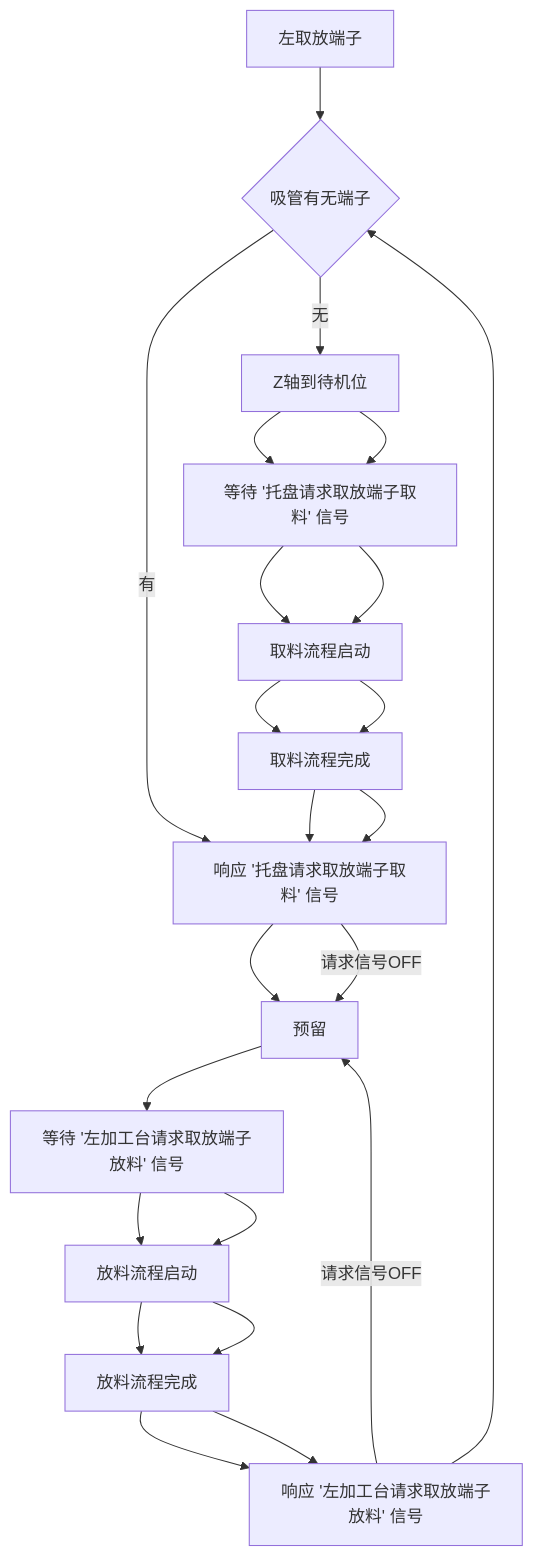
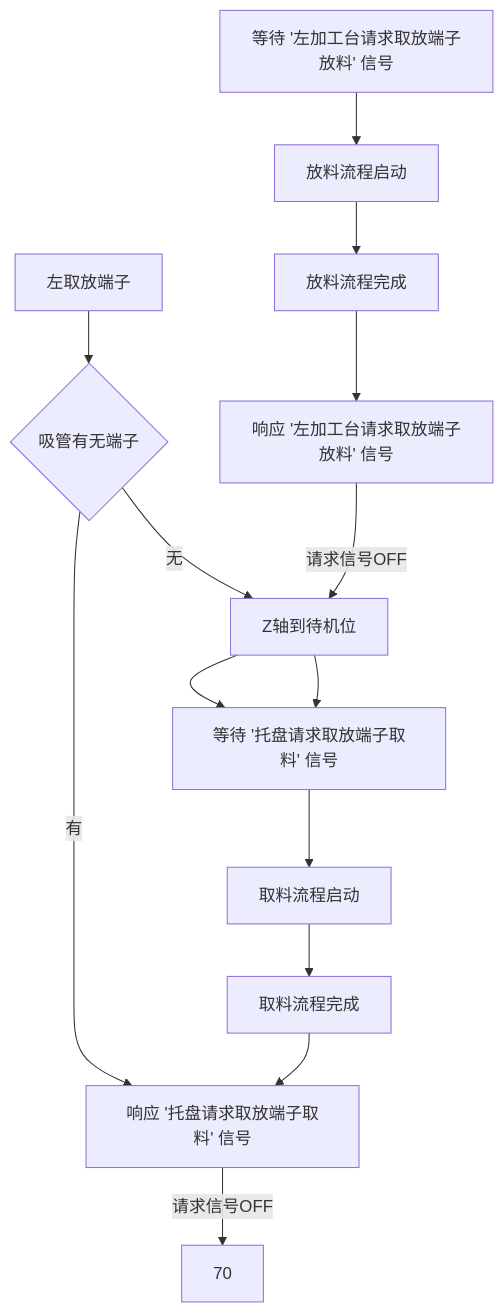
The diagram in all/VR-OP90左取放端子.md (zmq000/iodraw-files), drawn with Mermaid before and after one commit.

Commit message:
2026-06-18 11:31:12 update

````diff
--- a/all/VR-OP90左取放端子.md
+++ b/all/VR-OP90左取放端子.md
@@ -1,26 +1,16 @@
 ```mermaid
 graph TD
 0[左取放端子]-->10
 10{吸管有无端子}-->|有|60
 10-->|无|20
 20[取端子Y轴到取端子位]-->30
-30[托盘X轴到取端子位]-->40
-40[取端子Z轴到取端子位]-->50
-50[启动吸盘]-->60
-60[取端子Z轴到待机位]-->70
-70[预留]-->80
-80[取端子Y轴到放端子位]-->90
-90[取端子Z轴到放端子位]-->100
-100[松开吸盘]-->110
-110[取端子Z轴到待机位]-->10
-
 20[Z轴到待机位]-->30
 30[等待 '托盘请求取放端子取料' 信号]-->40
 40[取料流程启动]-->50
 50[取料流程完成]-->60
 60[响应 '托盘请求取放端子取料' 信号]-->|请求信号OFF|70
 80[等待 '左加工台请求取放端子放料' 信号]-->90
 90[放料流程启动]-->100
 100[放料流程完成]-->110
-110[响应 '左加工台请求取放端子放料' 信号]-->|请求信号OFF|70
+110[响应 '左加工台请求取放端子放料' 信号]-->|请求信号OFF|20
 ```
````
